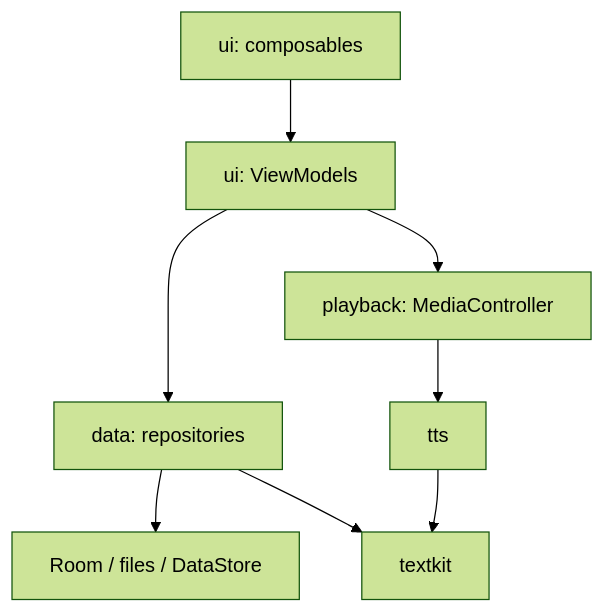
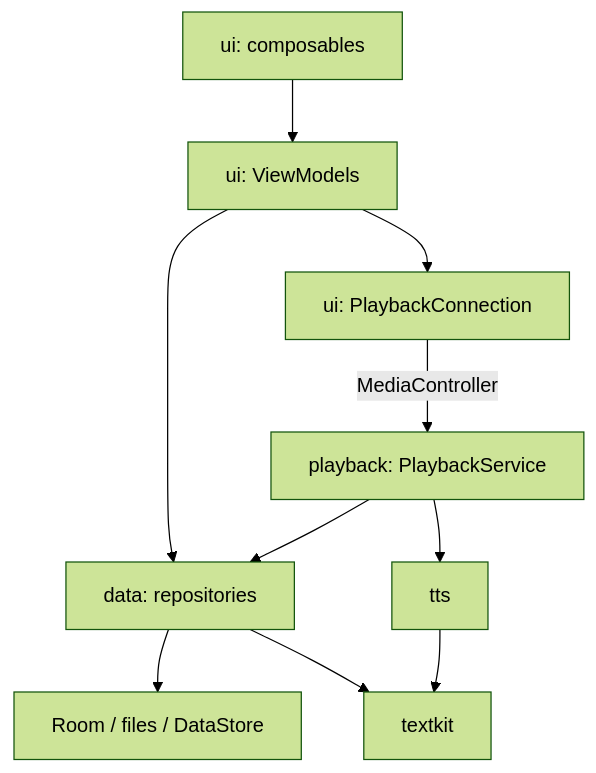
One commit to giovannism20/redesigned-octo-palm-tree changed the second of 4 diagrams in docs/architecture.md. Above: the diagram before and after it, drawn with Mermaid (forest theme). The commit also changed other lines of this file and 34 other files, not shown here.

````diff
--- a/docs/architecture.md
+++ b/docs/architecture.md
@@ -80,10 +80,12 @@
 ```mermaid
 flowchart TB
     UI[ui: composables] --> VM[ui: ViewModels]
     VM --> REPO[data: repositories]
-    VM --> PB[playback: MediaController]
+    VM --> PB[ui: PlaybackConnection]
+    PB -->|MediaController| PS[playback: PlaybackService]
     REPO --> SRC[Room / files / DataStore]
     REPO --> TK[textkit]
-    PB --> TTS[tts]
+    PS --> TTS[tts]
+    PS --> REPO
     TTS --> TK
 ```
````
